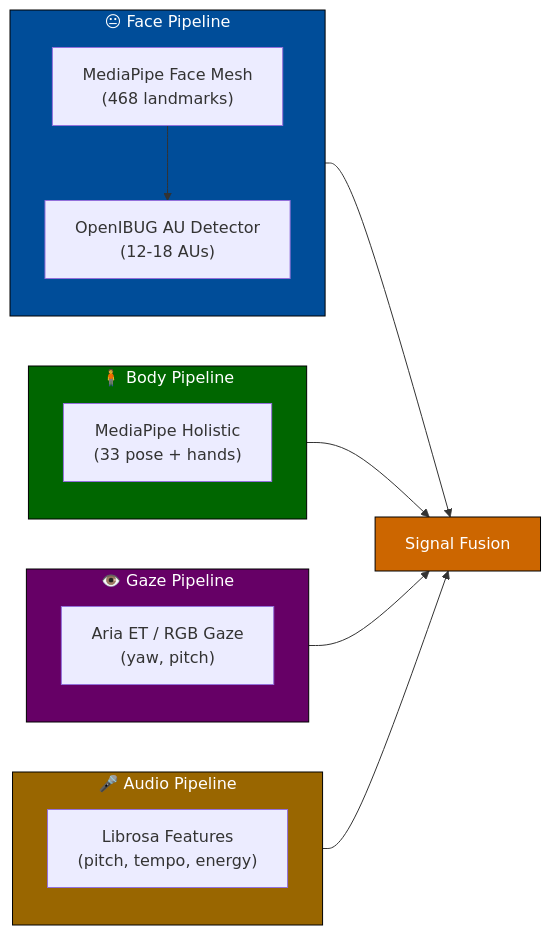
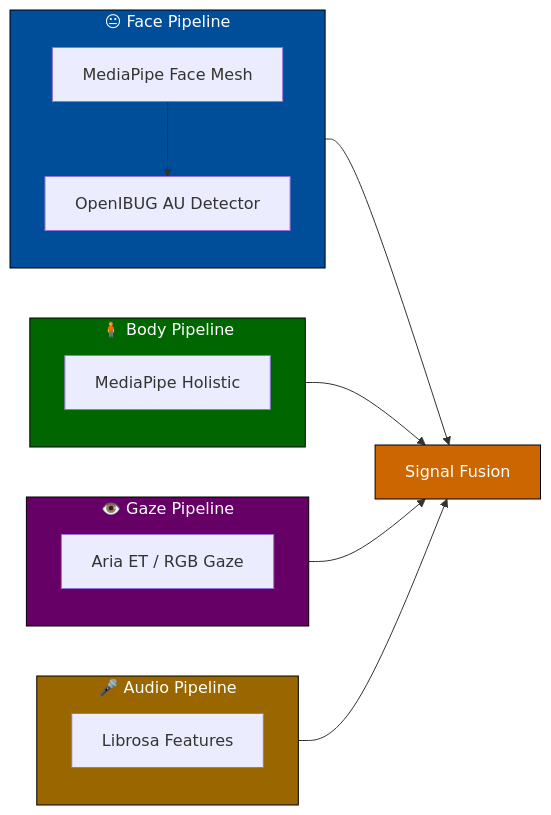
Before and after one commit to albertocutone/secondSight: the sixth of 14 diagrams in doc/design.md, drawn with Mermaid. The commit also changed 1 other file, not shown here.

Commit message:
[doc] Application design

````diff
--- a/doc/design.md
+++ b/doc/design.md
@@ -913,31 +913,31 @@
 ```mermaid
 flowchart LR
     subgraph FACE["😐 Face Pipeline"]
-        MP_FACE["MediaPipe Face Mesh<br/>(468 landmarks)"]
-        IBUG["OpenIBUG AU Detector<br/>(12-18 AUs)"]
+        MP_FACE["MediaPipe Face Mesh"]
+        IBUG["OpenIBUG AU Detector"]
         MP_FACE --> IBUG
     end
 
     subgraph BODY["🧍 Body Pipeline"]
-        MP_BODY["MediaPipe Holistic<br/>(33 pose + hands)"]
+        MP_BODY["MediaPipe Holistic"]
     end
 
     subgraph GAZE["👁️ Gaze Pipeline"]
-        ARIA["Aria ET / RGB Gaze<br/>(yaw, pitch)"]
+        ARIA["Aria ET / RGB Gaze"]
     end
 
     subgraph AUDIO["🎤 Audio Pipeline"]
-        LIBROSA["Librosa Features<br/>(pitch, tempo, energy)"]
+        LIBROSA["Librosa Features"]
     end
 
     FACE --> FUSION["Signal Fusion"]
     BODY --> FUSION
     GAZE --> FUSION
     AUDIO --> FUSION
 
     style FACE fill:#004d99,stroke:#000,color:#fff
     style BODY fill:#006600,stroke:#000,color:#fff
     style GAZE fill:#660066,stroke:#000,color:#fff
     style AUDIO fill:#996600,stroke:#000,color:#fff
     style FUSION fill:#cc6600,stroke:#000,color:#fff
 ```
````
